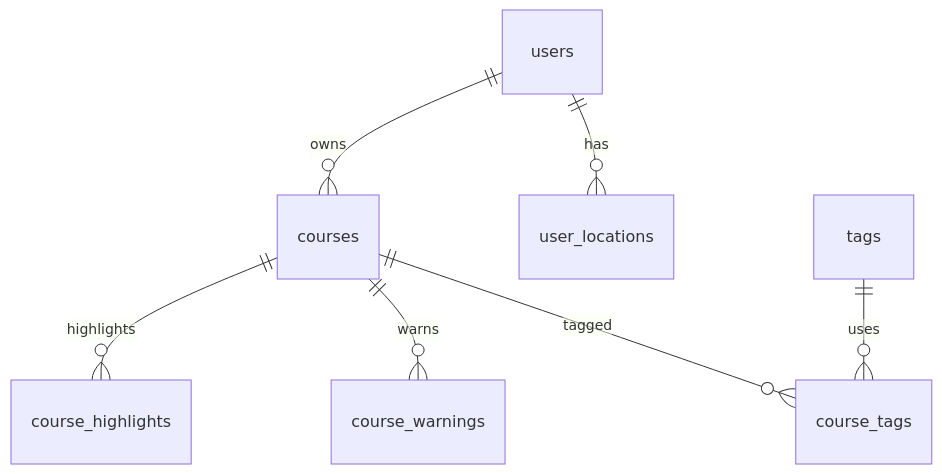
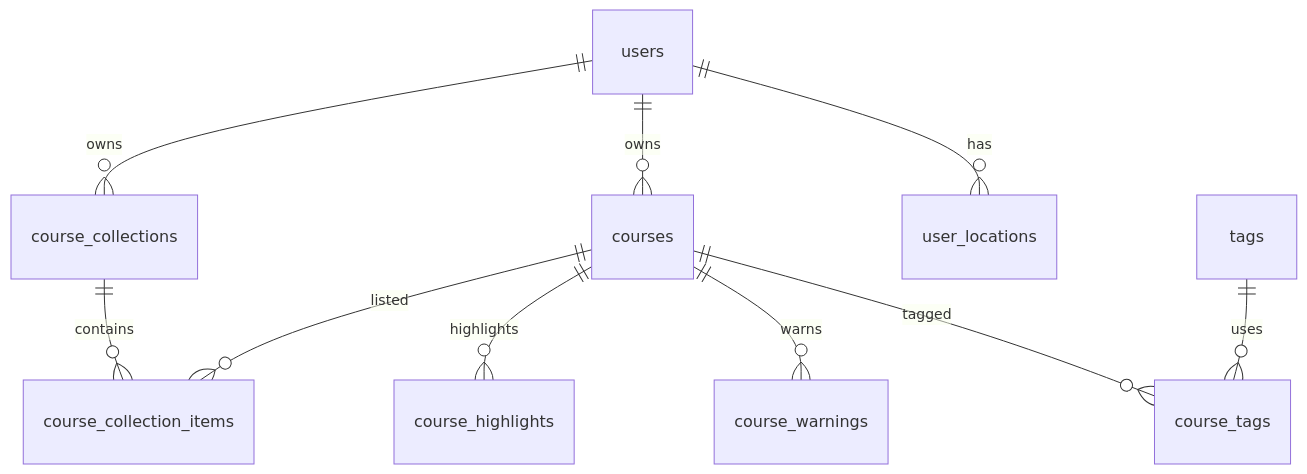
The diagram in 설계/10_데이터모델_스키마.md (minji0828/bike-community), drawn with Mermaid before and after one commit. The commit also changed other lines of this file and 35 other files, not shown here.

````diff
--- a/설계/10_데이터모델_스키마.md
+++ b/설계/10_데이터모델_스키마.md
@@ -209,9 +259,12 @@
 ```mermaid
 erDiagram
   users ||--o{ user_locations : has
   users ||--o{ courses : owns
+  users ||--o{ course_collections : owns
   courses ||--o{ course_tags : tagged
   tags ||--o{ course_tags : uses
   courses ||--o{ course_warnings : warns
   courses ||--o{ course_highlights : highlights
+  course_collections ||--o{ course_collection_items : contains
+  courses ||--o{ course_collection_items : listed
 ```
````
